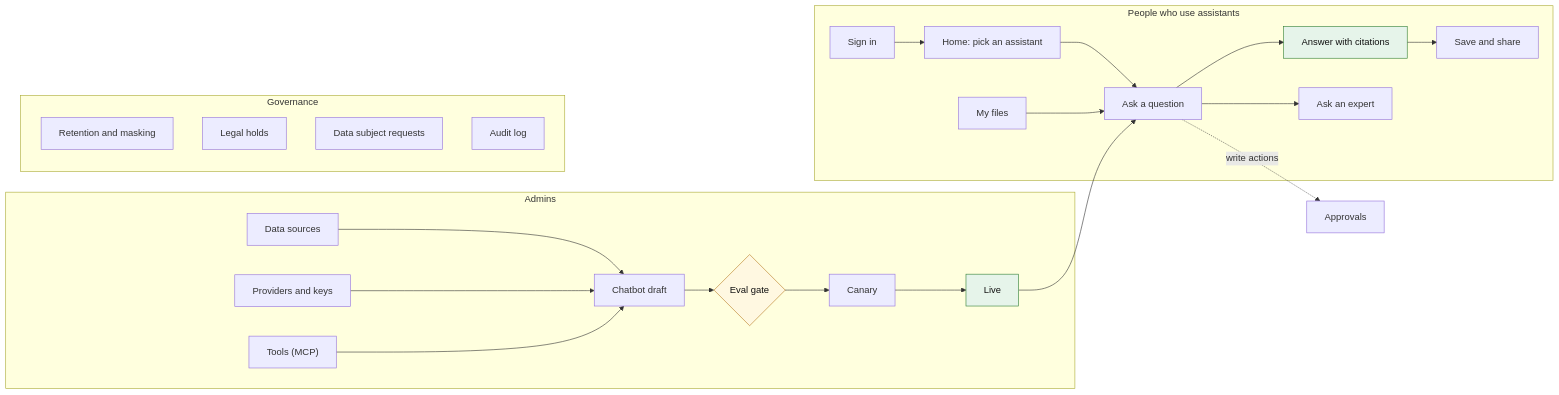
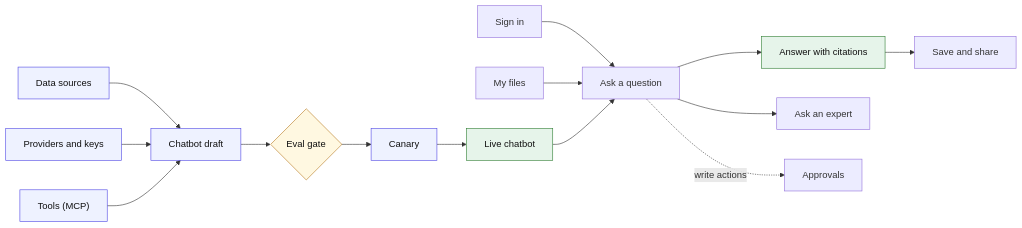
Before and after one commit to shturag/veyntora: the first of 9 diagrams in docs/user-flows.md, drawn with Mermaid. The commit also changed other lines of this file and 9 other files, not shown here.

First line of the commit message:
Docs: flowcharts as SVG images so they show in any Markdown viewer

````diff
--- a/docs/user-flows.md
+++ b/docs/user-flows.md
@@ -27,27 +37,19 @@
 ```mermaid
 flowchart LR
-    subgraph users["People who use assistants"]
-        signin["Sign in"] --> home["Home: pick an assistant"] --> ask["Ask a question"]
-        ask --> answer["Answer with citations"]
-        ask --> expert["Ask an expert"]
-        answer --> saved["Save and share"]
-        files["My files"] --> ask
-    end
-    subgraph admins["Admins"]
-        sources["Data sources"] --> draft["Chatbot draft"] --> gate{"Eval gate"} --> canary["Canary"] --> live["Live"]
-        providers["Providers and keys"] --> draft
-        tools["Tools (MCP)"] --> draft
-    end
-    subgraph governance["Governance"]
-        settings["Retention and masking"]
-        holds["Legal holds"]
-        dsr["Data subject requests"]
-        audit["Audit log"]
-    end
+    sources["Data sources"] --> draft["Chatbot draft"]
+    providers["Providers and keys"] --> draft
+    tools["Tools (MCP)"] --> draft
+    draft --> gate{"Eval gate"} --> canary["Canary"] --> live["Live chatbot"]
+    signin["Sign in"] --> ask["Ask a question"]
+    files["My files"] --> ask
     live --> ask
+    ask --> answer["Answer with citations"] --> saved["Save and share"]
+    ask --> expert["Ask an expert"]
     ask -. "write actions" .-> approvals["Approvals"]
     classDef good fill:#e6f4ea,stroke:#2e7d32,color:#111
     classDef decision fill:#fff8e1,stroke:#b7791f,color:#111
+    classDef admin fill:#eef2ff,stroke:#4f46e5,color:#111
     class answer,live good
     class gate decision
+    class sources,providers,tools,draft,canary admin
 ```
````
